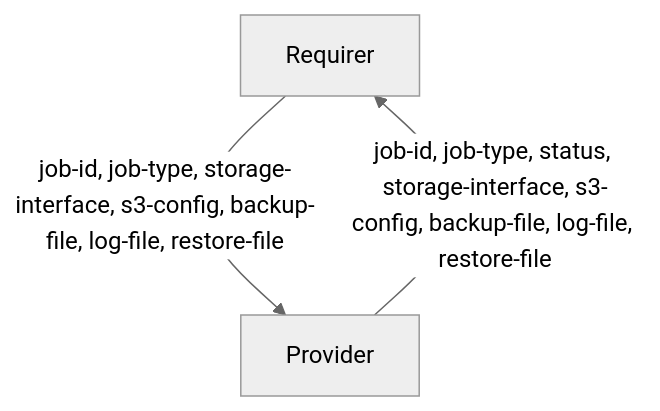
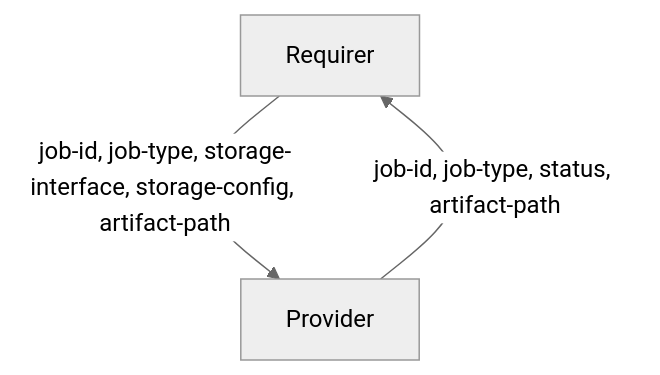
The diagram in interfaces/database_backup_manager/v0/README.md (canonical/charm-relation-interfaces), drawn with Mermaid (neutral theme) before and after one commit. The commit also changed other lines of this file and 2 other files, not shown here.

````diff
--- a/interfaces/database_backup_manager/v0/README.md
+++ b/interfaces/database_backup_manager/v0/README.md
@@ -14,5 +14,5 @@
 ```mermaid
 flowchart TD
-    Requirer -- job-id, job-type, storage-interface, s3-config, backup-file, log-file, restore-file --> Provider
-    Provider -- job-id, job-type, status, storage-interface, s3-config, backup-file, log-file, restore-file --> Requirer
+    Requirer -- job-id, job-type, storage-interface, storage-config, artifact-path --> Provider
+    Provider -- job-id, job-type, status, artifact-path --> Requirer
 ```
````
